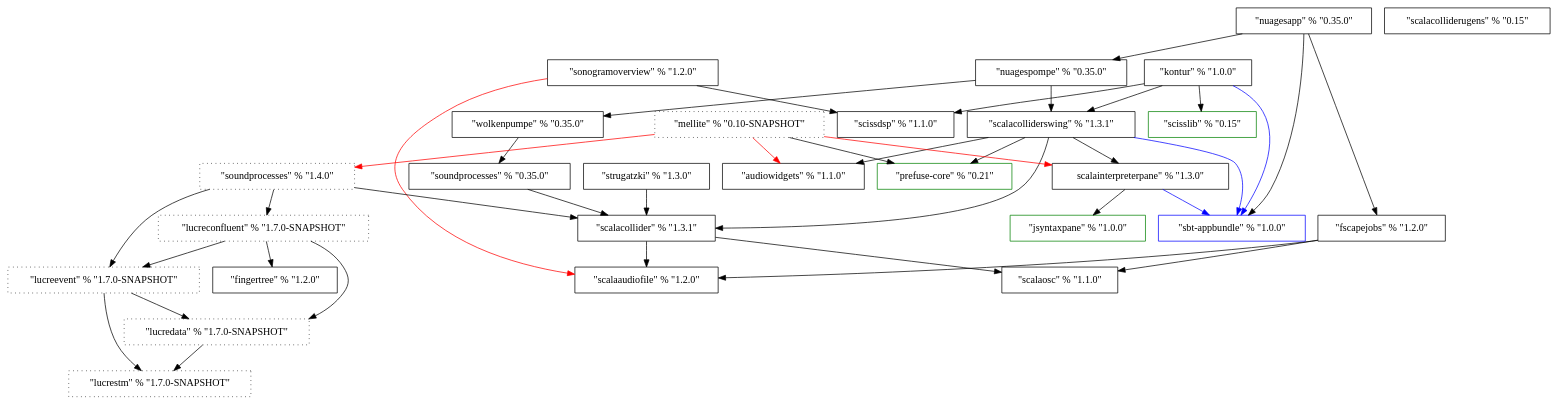
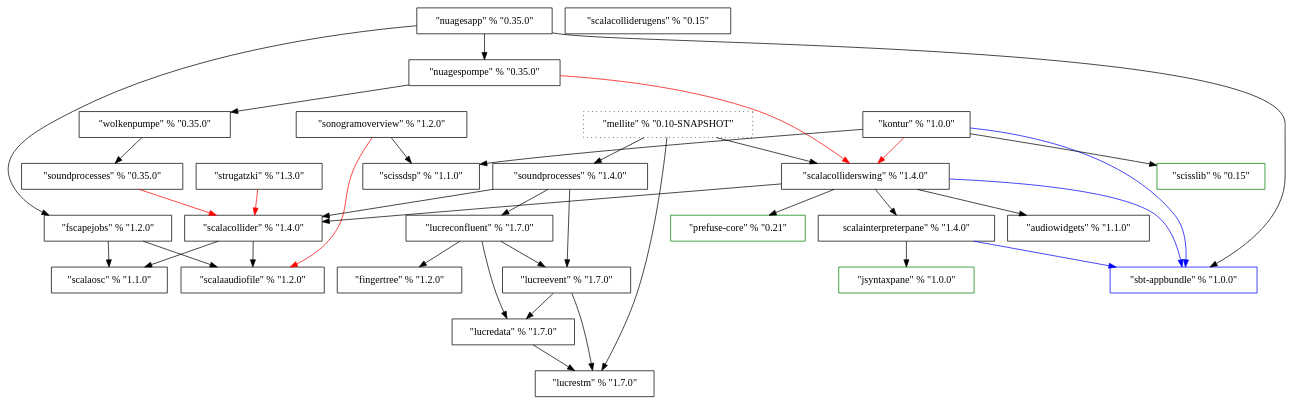
The diagram in ProjectDependencies/dep.dot (Sciss/HistoricalCode), drawn with Graphviz before and after one commit.

```diff
--- a/ProjectDependencies/dep.dot
+++ b/ProjectDependencies/dep.dot
@@ -1,76 +1,75 @@
 digraph G {
 	ScalaOSC [label="\"scalaosc\" % \"1.1.0\"", shape=box];
 	ScalaAudioFile [label="\"scalaaudiofile\" % \"1.2.0\"", shape=box];
 	FScapeJobs [label="\"fscapejobs\" % \"1.2.0\"", shape=box];
 	AudioWidgets [label="\"audiowidgets\" % \"1.1.0\"", shape=box];
 //	ScalaAudioWidgets [label="\"scalaaudiowidgets\" % \"1.0.0\"", shape=box, color=red];
 	SbtAppbundle [label="\"sbt-appbundle\" % \"1.0.0\"", shape=Box, color=blue];
 	ScissDSP [label="\"scissdsp\" % \"1.1.0\"", shape=Box];
 	SonogramOverview [label="\"sonogramoverview\" % \"1.2.0\"", shape=Box];
-	ScalaCollider [label="\"scalacollider\" % \"1.3.1\"", shape=Box];
+	ScalaCollider [label="\"scalacollider\" % \"1.4.0\"", shape=Box];
 	Strugatzki [label="\"strugatzki\" % \"1.3.0\"", shape=Box];
 	JSyntaxPane [label="\"jsyntaxpane\" % \"1.0.0\"", shape=Box, color=green];
-	ScalaInterpreterPane [label="\scalainterpreterpane\" % \"1.3.0\"", shape=Box];
+	ScalaInterpreterPane [label="\scalainterpreterpane\" % \"1.4.0\"", shape=Box];
 	PrefuseCore [label="\"prefuse-core\" % \"0.21\"", shape=Box, color=green];
-	ScalaColliderSwing [label="\"scalacolliderswing\" % \"1.3.1\"", shape=Box];
+	ScalaColliderSwing [label="\"scalacolliderswing\" % \"1.4.0\"", shape=Box];
 	SoundProcesses_OLD [label="\"soundprocesses\" % \"0.35.0\"", shape=Box];
 	Wolkenpumpe [label="\"wolkenpumpe\" % \"0.35.0\"", shape=Box];
 	NuagesPompe [label="\"nuagespompe\" % \"0.35.0\"", shape=Box];
 	NuagesApp [label="\"nuagesapp\" % \"0.35.0\"", shape=Box];
 	ScissLib [label="\"scisslib\" % \"0.15\"", shape=Box, color=green];
 	Kontur [label="\"kontur\" % \"1.0.0\"", shape=Box];
 	FingerTree [label="\"fingertree\" % \"1.2.0\"", shape=Box];
 	ScalaColliderUGens [label="\"scalacolliderugens\" % \"0.15\"", shape=Box];
-	LucreSTM [label="\"lucrestm\" % \"1.7.0-SNAPSHOT\"", shape=Box, style=dotted];
-	LucreEvent [label="\"lucreevent\" % \"1.7.0-SNAPSHOT\"", shape=Box, style=dotted];
-	LucreData [label="\"lucredata\" % \"1.7.0-SNAPSHOT\"", shape=Box, style=dotted];
+	LucreSTM [label="\"lucrestm\" % \"1.7.0\"", shape=Box];
+	LucreEvent [label="\"lucreevent\" % \"1.7.0\"", shape=Box];
+	LucreData [label="\"lucredata\" % \"1.7.0\"", shape=Box];
 //	LucreExpr [label="\"lucreexpr\" % \"1.4.0\"", shape=Box];
-	LucreConfluent [label="\"lucreconfluent\" % \"1.7.0-SNAPSHOT\"", shape=Box, style=dotted];
+	LucreConfluent [label="\"lucreconfluent\" % \"1.7.0\"", shape=Box];
 //	ConfluentReactive [label="\"confluentreactive\" % \"1.5.0\"", shape=Box];
-	SoundProcesses [label="\"soundprocesses\" % \"1.4.0\"", shape=Box, style=dotted];
+	SoundProcesses [label="\"soundprocesses\" % \"1.4.0\"", shape=Box];
 	Mellite [label="\"mellite\" % \"0.10-SNAPSHOT\"", shape=Box, style=dotted];
 	
 	FScapeJobs -> ScalaOSC;
 	FScapeJobs -> ScalaAudioFile;
 //	ScalaAudioWidgets -> AudioWidgets [color=red];
 	SonogramOverview -> ScalaAudioFile [color=red];
 	SonogramOverview -> ScissDSP;
 	ScalaCollider -> ScalaOSC;
 	ScalaCollider -> ScalaAudioFile;
-	Strugatzki -> ScalaCollider;
+	Strugatzki -> ScalaCollider [color=red];
 	ScalaInterpreterPane -> JSyntaxPane;
 	ScalaInterpreterPane -> SbtAppbundle [color=blue];
 	ScalaColliderSwing -> SbtAppbundle [color=blue];
 	ScalaColliderSwing -> ScalaCollider;
 	ScalaColliderSwing -> ScalaInterpreterPane;
 	ScalaColliderSwing -> PrefuseCore;
 	ScalaColliderSwing -> AudioWidgets;
-	SoundProcesses_OLD -> ScalaCollider;
+	SoundProcesses_OLD -> ScalaCollider [color=red];
 	Wolkenpumpe -> SoundProcesses_OLD;
 	NuagesPompe -> Wolkenpumpe;
-	NuagesPompe -> ScalaColliderSwing;
+	NuagesPompe -> ScalaColliderSwing [color=red];
 	NuagesApp -> SbtAppbundle;
 	NuagesApp -> NuagesPompe;
 	NuagesApp -> FScapeJobs;
 	Kontur -> SbtAppbundle [color=blue];
-	Kontur -> ScalaColliderSwing;
+	Kontur -> ScalaColliderSwing [color=red];
 	Kontur -> ScissDSP;
 	Kontur -> ScissLib;
 	LucreEvent -> LucreSTM;
    LucreEvent -> LucreData;
 	LucreData -> LucreSTM;
 //   LucreExpr -> LucreData [color=red];
 //   LucreExpr -> LucreEvent [color=red];
 	LucreConfluent -> FingerTree;
 	LucreConfluent -> LucreData;
 	LucreConfluent -> LucreEvent;
 //   ConfluentReactive -> LucreConfluent;
 //	ConfluentReactive -> LucreEvent [color=red];
 	SoundProcesses -> ScalaCollider;
 	SoundProcesses -> LucreConfluent;
 	SoundProcesses -> LucreEvent;
-	Mellite -> SoundProcesses [color=red];
-	Mellite -> AudioWidgets [color=red];
-	Mellite -> PrefuseCore;
-	Mellite -> ScalaInterpreterPane [color=red];
+	Mellite -> SoundProcesses;
+	Mellite -> ScalaColliderSwing;
+	Mellite -> LucreSTM;
 }
```
